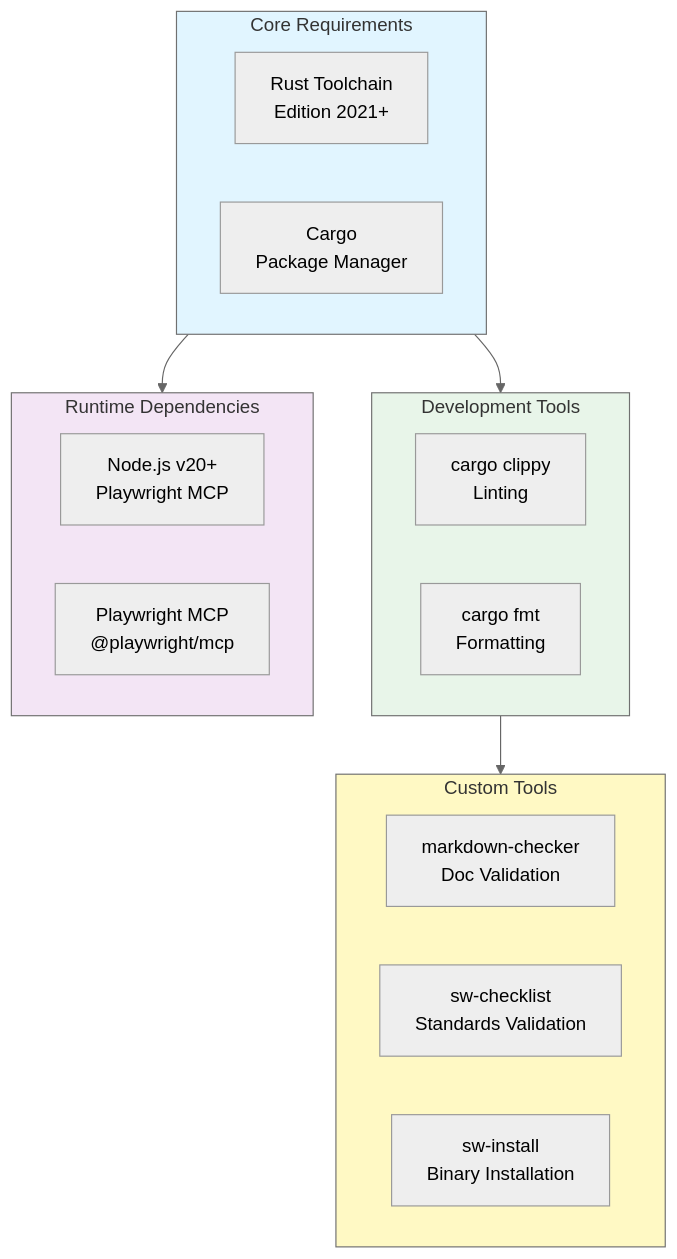
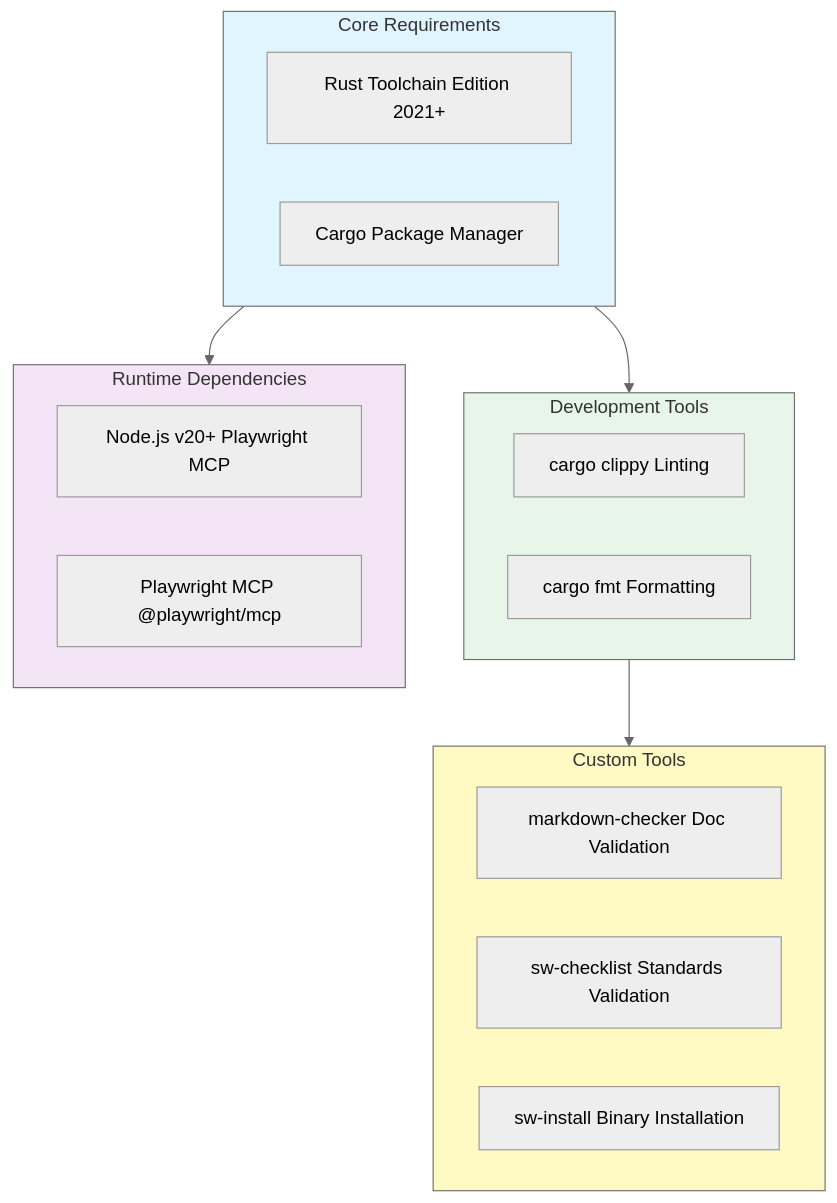
The first of 15 diagrams in wiki/Development-Guide.md (softwarewrighter/ui-test-rs), drawn with Mermaid (neutral theme) before and after one commit. The commit also changed other lines of this file and 10 other files, not shown here.

First line of the commit message:
Fix wiki Mermaid diagrams: remove <br/> tags

````diff
--- a/wiki/Development-Guide.md
+++ b/wiki/Development-Guide.md
@@ -19,32 +19,32 @@
 ```mermaid
 graph TB
     subgraph Core["Core Requirements"]
-        Rust[Rust Toolchain<br/>Edition 2021+]
-        Cargo[Cargo<br/>Package Manager]
+        Rust[Rust Toolchain Edition 2021+]
+        Cargo[Cargo Package Manager]
     end
 
     subgraph DevTools["Development Tools"]
-        Clippy[cargo clippy<br/>Linting]
-        Fmt[cargo fmt<br/>Formatting]
+        Clippy[cargo clippy Linting]
+        Fmt[cargo fmt Formatting]
     end
 
     subgraph CustomTools["Custom Tools"]
-        MD[markdown-checker<br/>Doc Validation]
-        CL[sw-checklist<br/>Standards Validation]
-        SI[sw-install<br/>Binary Installation]
+        MD[markdown-checker Doc Validation]
+        CL[sw-checklist Standards Validation]
+        SI[sw-install Binary Installation]
     end
 
     subgraph Runtime["Runtime Dependencies"]
-        Node[Node.js v20+<br/>Playwright MCP]
-        PW[Playwright MCP<br/>@playwright/mcp]
+        Node[Node.js v20+ Playwright MCP]
+        PW[Playwright MCP @playwright/mcp]
     end
 
     Core --> DevTools
     DevTools --> CustomTools
     Core --> Runtime
 
     style Core fill:#e1f5ff
     style DevTools fill:#e8f5e9
     style CustomTools fill:#fff9c4
     style Runtime fill:#f3e5f5
 ```
````
